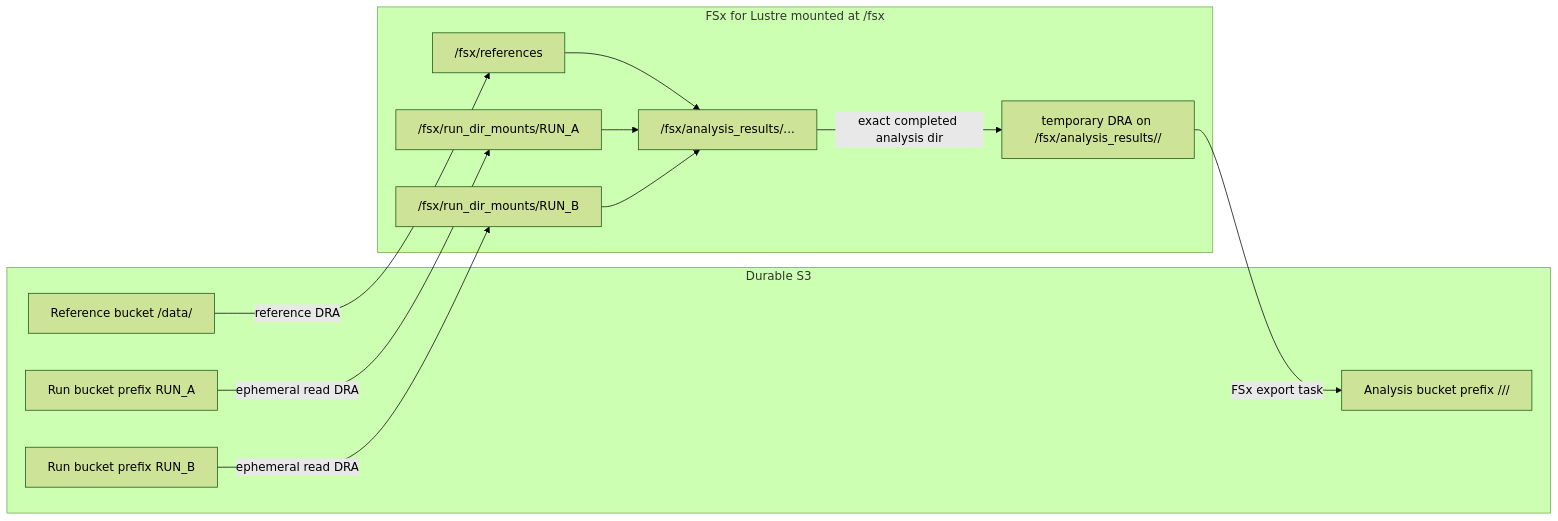
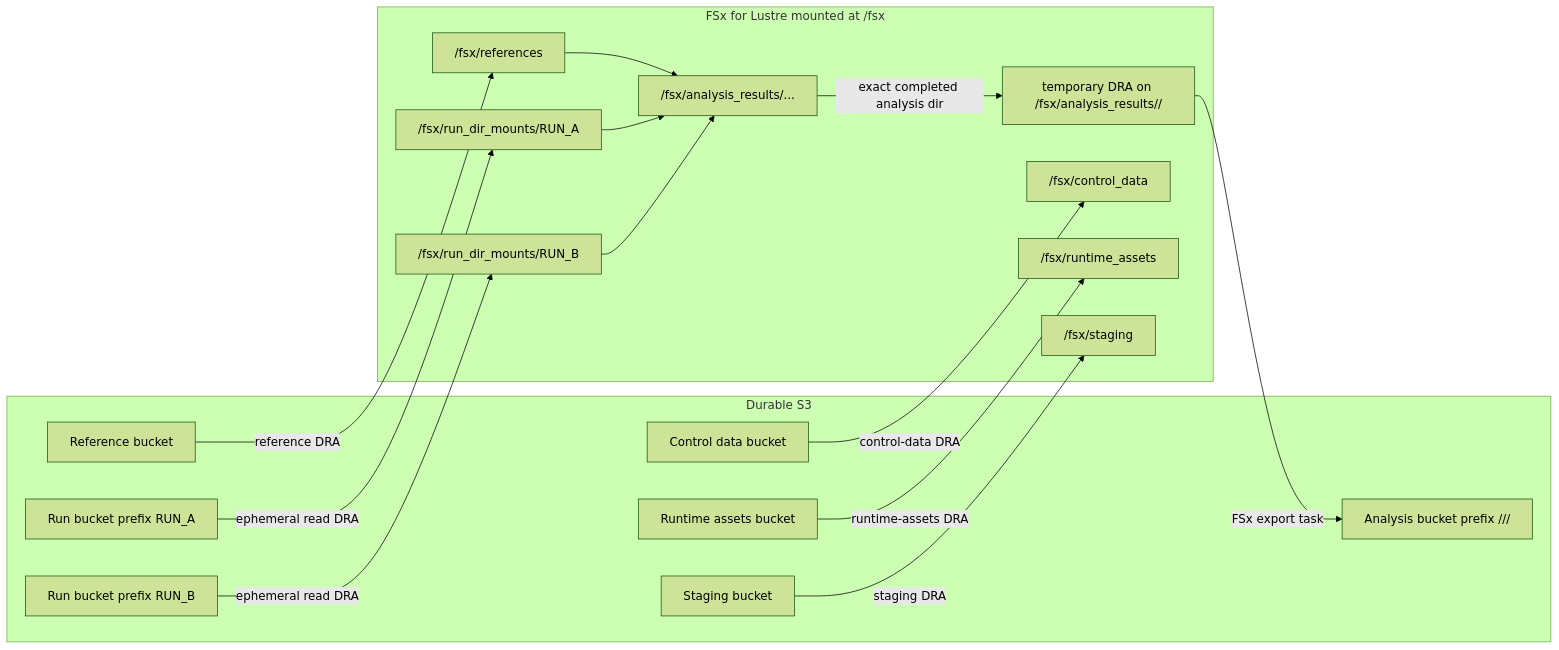
Before and after one commit to Daylily-Informatics/daylily-ephemeral-cluster: the second of 3 diagrams in docs/dra_fsx_strategy.md, drawn with Mermaid (forest theme). The commit also changed other lines of this file and 37 other files, not shown here.

````diff
--- a/docs/dra_fsx_strategy.md
+++ b/docs/dra_fsx_strategy.md
@@ -48,26 +58,35 @@
 ```mermaid
 flowchart LR
   subgraph S3["Durable S3"]
-    Ref["Reference bucket /data/"]
+    Ref["Reference bucket"]
+    Ctrl["Control data bucket"]
+    Runtime["Runtime assets bucket"]
+    Stage["Staging bucket"]
     RunA["Run bucket prefix RUN_A"]
     RunB["Run bucket prefix RUN_B"]
     Analysis["Analysis bucket prefix /<executing_entity>/<analysis_id>/"]
   end
 
   subgraph Lustre["FSx for Lustre mounted at /fsx"]
     Data["/fsx/references"]
+    Control["/fsx/control_data"]
+    Assets["/fsx/runtime_assets"]
+    Staging["/fsx/staging"]
     MntA["/fsx/run_dir_mounts/RUN_A"]
     MntB["/fsx/run_dir_mounts/RUN_B"]
     Results["/fsx/analysis_results/..."]
     Export["temporary DRA on /fsx/analysis_results/<executing_entity>/<analysis_id>"]
   end
 
   Ref -->|reference DRA| Data
+  Ctrl -->|control-data DRA| Control
+  Runtime -->|runtime-assets DRA| Assets
+  Stage -->|staging DRA| Staging
   RunA -->|ephemeral read DRA| MntA
   RunB -->|ephemeral read DRA| MntB
   Data --> Results
   MntA --> Results
   MntB --> Results
   Results -->|exact completed analysis dir| Export
   Export -->|FSx export task| Analysis
 ```
````
